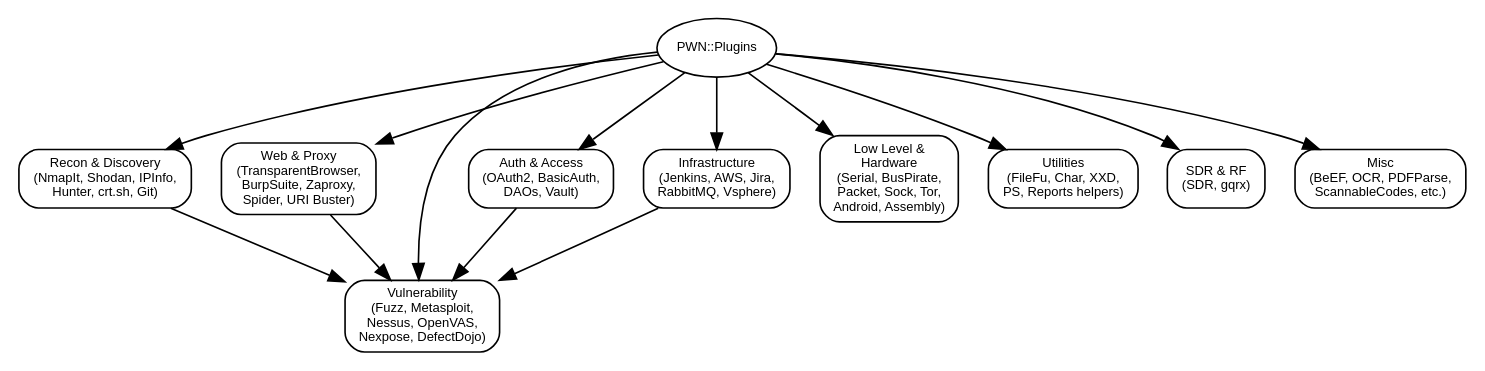
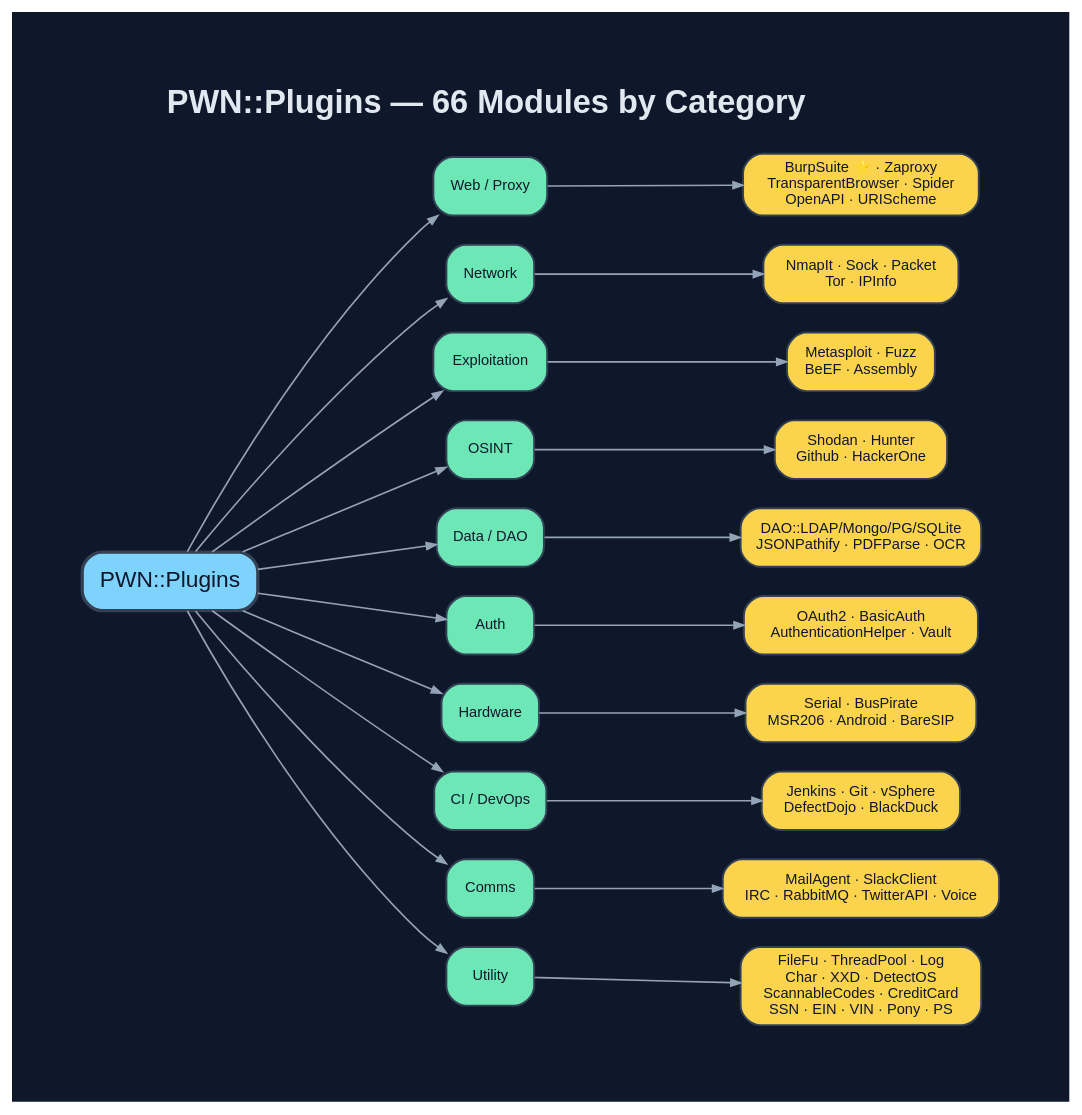
The diagram in documentation/diagrams/dot/plugin-ecosystem.dot (0dayInc/pwn), drawn with Graphviz before and after one commit. The commit also changed 58 other files, not shown here.

```diff
--- a/documentation/diagrams/dot/plugin-ecosystem.dot
+++ b/documentation/diagrams/dot/plugin-ecosystem.dot
@@ -1,31 +1,45 @@
-digraph "PWN Plugin Ecosystem" {
-  rankdir=TB;
-  node [shape=box, style=rounded, fontname="Arial", fontsize=8];
-  edge [fontsize=7];
+digraph "PWN_Plugins" {
+  graph [
+    label=<<B>PWN::Plugins — 66 Modules by Category</B>>,
+    labelloc=t, fontsize=20, fontname="Helvetica",
+    rankdir=LR, splines=spline, nodesep=0.25, ranksep=1.5,
+    bgcolor="#0f172a", fontcolor="#e2e8f0", pad=0.6, newrank=true
+  ];
+  node [fontname="Helvetica", fontsize=9, style="filled,rounded",
+        shape=box, penwidth=1.2, color="#334155", fontcolor="#0f172a"];
+  edge [color="#94a3b8", penwidth=1.0, arrowsize=0.6];
 
-  Hub [label="PWN::Plugins", shape=ellipse, fillcolor=lightblue];
-  Recon [label="Recon & Discovery\n(NmapIt, Shodan, IPInfo,\nHunter, crt.sh, Git)"];
-  Web [label="Web & Proxy\n(TransparentBrowser,\nBurpSuite, Zaproxy,\nSpider, URI Buster)"];
-  Vuln [label="Vulnerability\n(Fuzz, Metasploit,\nNessus, OpenVAS,\nNexpose, DefectDojo)"];
-  Auth [label="Auth & Access\n(OAuth2, BasicAuth,\nDAOs, Vault)"];
-  Infra [label="Infrastructure\n(Jenkins, AWS, Jira,\nRabbitMQ, Vsphere)"];
-  LowLevel [label="Low Level &\nHardware\n(Serial, BusPirate,\nPacket, Sock, Tor,\nAndroid, Assembly)"];
-  Util [label="Utilities\n(FileFu, Char, XXD,\nPS, Reports helpers)"];
-  SDR [label="SDR & RF\n(SDR, gqrx)"];
-  Other [label="Misc\n(BeEF, OCR, PDFParse,\nScannableCodes, etc.)"];
+  Root [label="PWN::Plugins", fillcolor="#7dd3fc", fontsize=14, penwidth=2];
 
-  Hub -> Recon;
-  Hub -> Web;
-  Hub -> Vuln;
-  Hub -> Auth;
-  Hub -> Infra;
-  Hub -> LowLevel;
-  Hub -> Util;
-  Hub -> SDR;
-  Hub -> Other;
+  subgraph cluster_cat {
+    label=""; style=invis;
+    Web  [label="Web / Proxy",   fillcolor="#6ee7b7"];
+    Net  [label="Network",       fillcolor="#6ee7b7"];
+    Xpl  [label="Exploitation",  fillcolor="#6ee7b7"];
+    Osint[label="OSINT",         fillcolor="#6ee7b7"];
+    Data [label="Data / DAO",    fillcolor="#6ee7b7"];
+    Auth [label="Auth",          fillcolor="#6ee7b7"];
+    HW   [label="Hardware",      fillcolor="#6ee7b7"];
+    CI   [label="CI / DevOps",   fillcolor="#6ee7b7"];
+    Comm [label="Comms",         fillcolor="#6ee7b7"];
+    Util [label="Utility",       fillcolor="#6ee7b7"];
+  }
+  {rank=same; Web; Net; Xpl; Osint; Data; Auth; HW; CI; Comm; Util}
 
-  Recon -> Vuln;
-  Web -> Vuln;
-  Auth -> Vuln;
-  Infra -> Vuln;
+  node [fillcolor="#fcd34d"];
+  w  [label="BurpSuite ⭐ · Zaproxy\nTransparentBrowser · Spider\nOpenAPI · URIScheme"];
+  n  [label="NmapIt · Sock · Packet\nTor · IPInfo"];
+  x  [label="Metasploit · Fuzz\nBeEF · Assembly"];
+  o  [label="Shodan · Hunter\nGithub · HackerOne"];
+  d  [label="DAO::LDAP/Mongo/PG/SQLite\nJSONPathify · PDFParse · OCR"];
+  a  [label="OAuth2 · BasicAuth\nAuthenticationHelper · Vault"];
+  h  [label="Serial · BusPirate\nMSR206 · Android · BareSIP"];
+  c  [label="Jenkins · Git · vSphere\nDefectDojo · BlackDuck"];
+  m  [label="MailAgent · SlackClient\nIRC · RabbitMQ · TwitterAPI · Voice"];
+  u  [label="FileFu · ThreadPool · Log\nChar · XXD · DetectOS\nScannableCodes · CreditCard\nSSN · EIN · VIN · Pony · PS"];
+
+  Root->Web; Root->Net; Root->Xpl; Root->Osint; Root->Data;
+  Root->Auth; Root->HW; Root->CI; Root->Comm; Root->Util;
+  Web->w; Net->n; Xpl->x; Osint->o; Data->d;
+  Auth->a; HW->h; CI->c; Comm->m; Util->u;
 }
```
